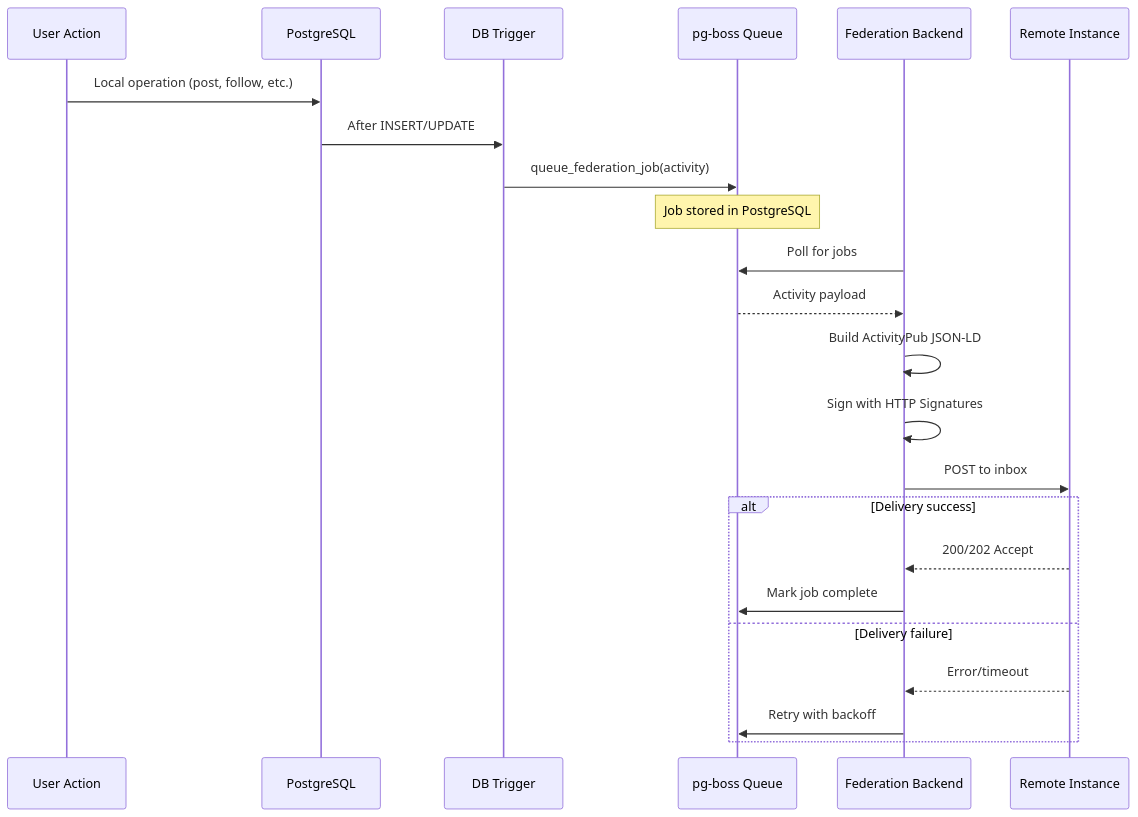
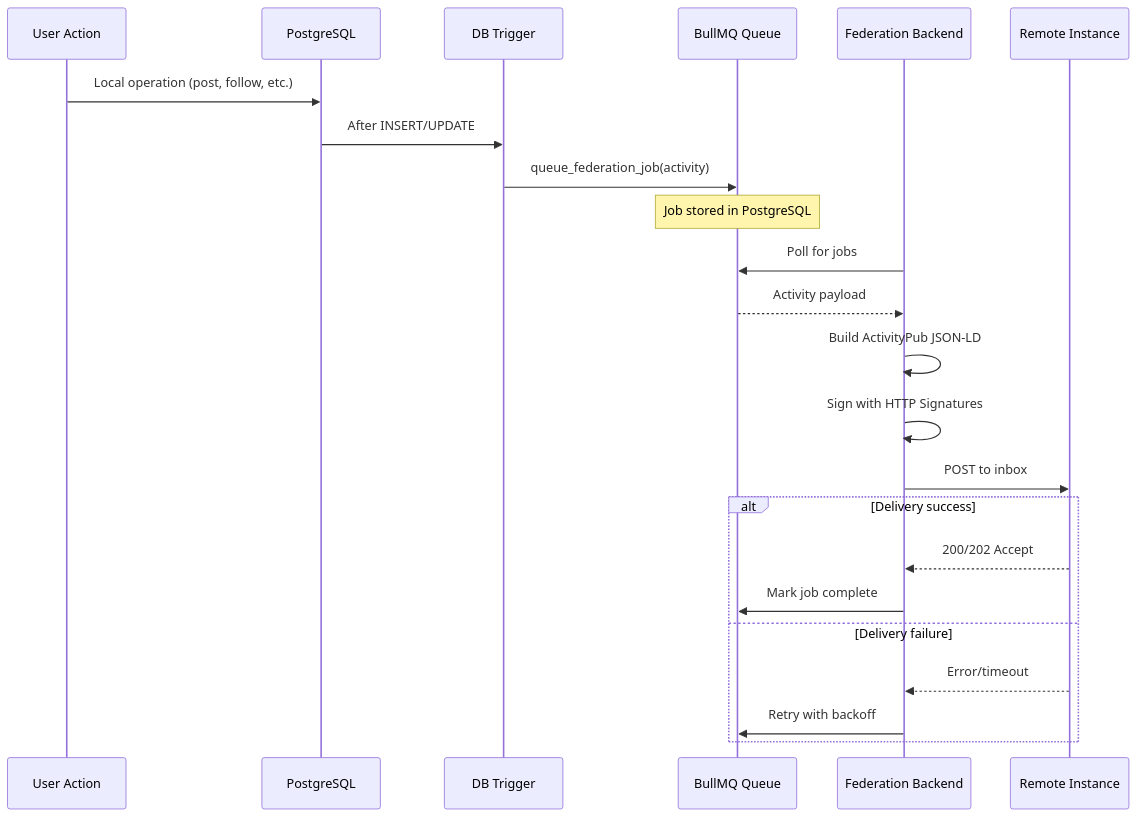
The first of 5 diagrams in docs/flows/federation.md (y4my4my4m/harmony), drawn with Mermaid before and after one commit. The commit also changed other lines of this file and 18 other files, not shown here.

First line of the commit message:
Refactor job queue implementation from pg-boss to BullMQ for improved performance and reliability

````diff
--- a/docs/flows/federation.md
+++ b/docs/flows/federation.md
@@ -9,26 +9,26 @@
 ```mermaid
 sequenceDiagram
     participant User as User Action
     participant DB as PostgreSQL
     participant Trigger as DB Trigger
-    participant Queue as pg-boss Queue
+    participant Queue as BullMQ Queue
     participant FedBE as Federation Backend
     participant Remote as Remote Instance
 
     User->>DB: Local operation (post, follow, etc.)
     DB->>Trigger: After INSERT/UPDATE
     Trigger->>Queue: queue_federation_job(activity)
     Note over Queue: Job stored in PostgreSQL
     FedBE->>Queue: Poll for jobs
     Queue-->>FedBE: Activity payload
     FedBE->>FedBE: Build ActivityPub JSON-LD
     FedBE->>FedBE: Sign with HTTP Signatures
     FedBE->>Remote: POST to inbox
     alt Delivery success
         Remote-->>FedBE: 200/202 Accept
         FedBE->>Queue: Mark job complete
     else Delivery failure
         Remote-->>FedBE: Error/timeout
         FedBE->>Queue: Retry with backoff
     end
 ```
````
